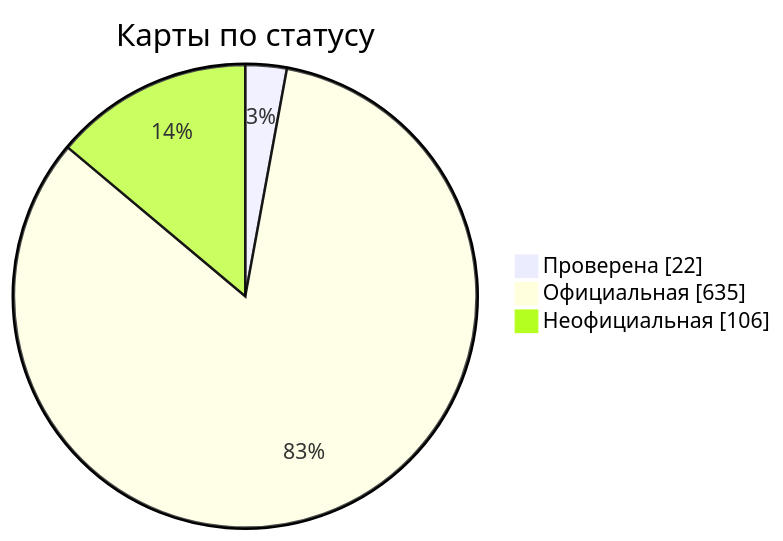
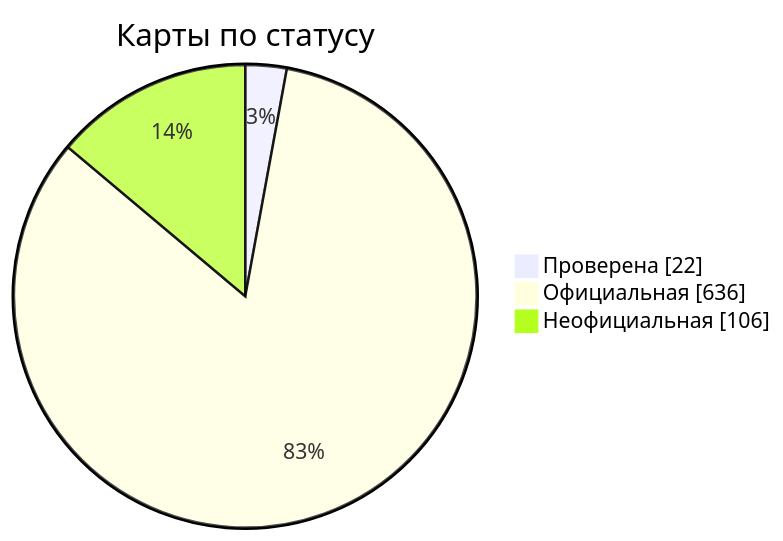
Before and after one commit to nobrega8/mbmap-library: the diagram in docs/readme/README_RU.md, drawn with Mermaid. The commit also changed 6 other files, not shown here.

````diff
--- a/docs/readme/README_RU.md
+++ b/docs/readme/README_RU.md
@@ -54,7 +54,7 @@
 ```mermaid
 pie showData
     title Карты по статусу
     "Проверена" : 22
-    "Официальная" : 635
+    "Официальная" : 636
     "Неофициальная" : 106
 ```
````
